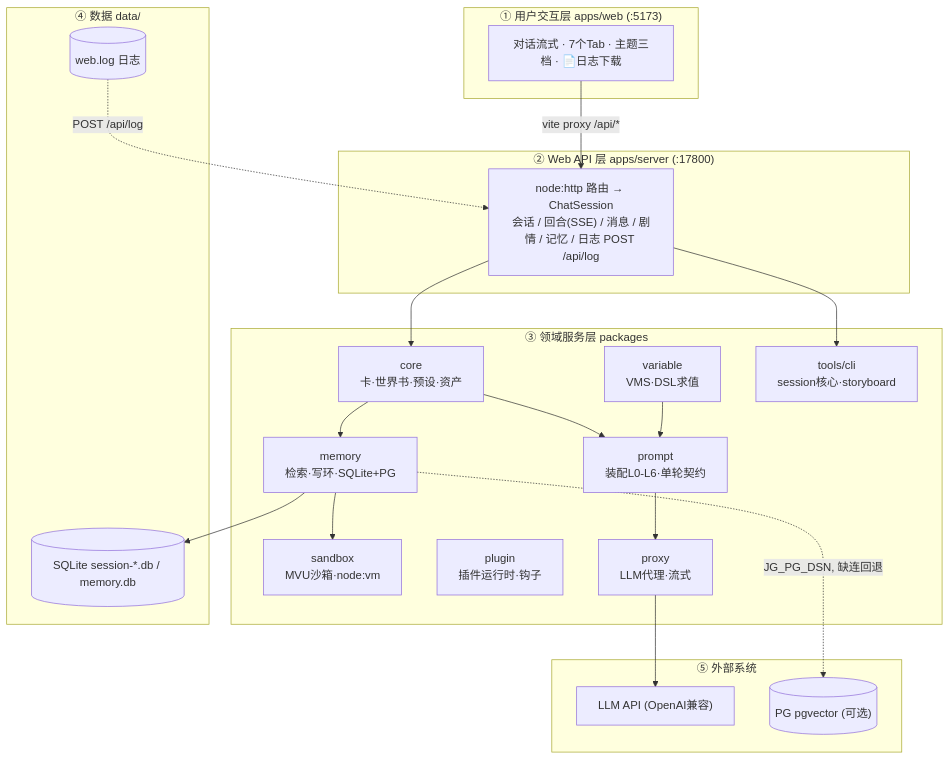
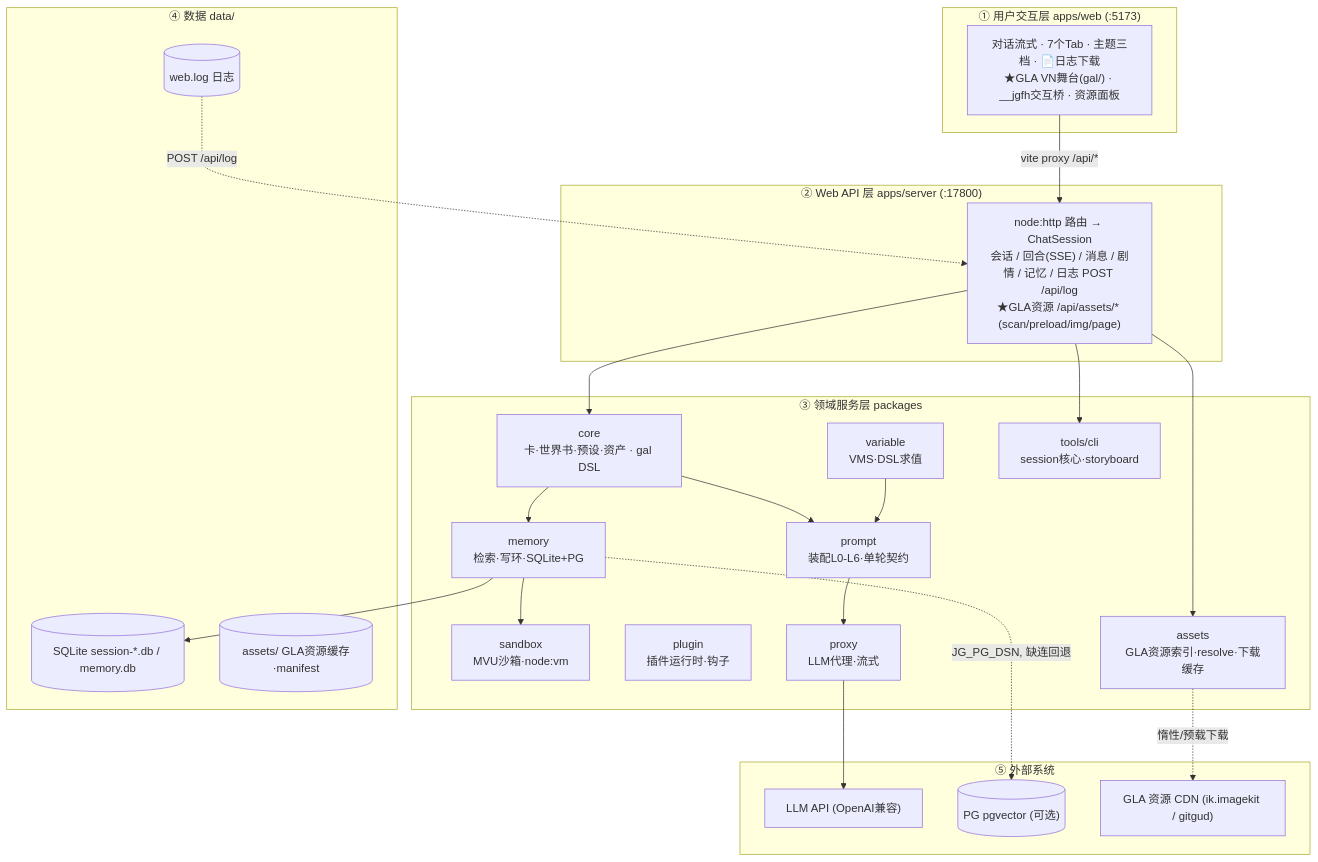
Before and after one commit to conversition/jiuguan: the diagram in 项目架构.md, drawn with Mermaid. The commit also changed other lines of this file, not shown here.

Commit message:
docs(架构): GLA 前端交互化模块归属——packages/assets + web/gal + core/gal.ts 入拓扑/端点/机制/外部系统

````diff
--- a/项目架构.md
+++ b/项目架构.md
@@ -115,35 +133,40 @@
 ```mermaid
 flowchart TB
     subgraph UI["① 用户交互层 apps/web (:5173)"]
-        W["对话流式 · 7个Tab · 主题三档 · 📄日志下载"]
+        W["对话流式 · 7个Tab · 主题三档 · 📄日志下载<br/>★GLA VN舞台(gal/) · __jgfh交互桥 · 资源面板"]
     end
     subgraph API["② Web API 层 apps/server (:17800)"]
-        S["node:http 路由 → ChatSession<br/>会话 / 回合(SSE) / 消息 / 剧情 / 记忆 / 日志 POST /api/log"]
+        S["node:http 路由 → ChatSession<br/>会话 / 回合(SSE) / 消息 / 剧情 / 记忆 / 日志 POST /api/log<br/>★GLA资源 /api/assets/* (scan/preload/img/page)"]
     end
     subgraph DOMAIN["③ 领域服务层 packages"]
-        C["core<br/>卡·世界书·预设·资产"] --> M["memory<br/>检索·写环·SQLite+PG"]
+        C["core<br/>卡·世界书·预设·资产 · gal DSL"] --> M["memory<br/>检索·写环·SQLite+PG"]
         C --> P["prompt<br/>装配L0-L6·单轮契约"]
         V["variable<br/>VMS·DSL求值"] --> P
         SAND["sandbox<br/>MVU沙箱·node:vm"]
         PLUG["plugin<br/>插件运行时·钩子"]
         PROXY["proxy<br/>LLM代理·流式"]
         CLI["tools/cli<br/>session核心·storyboard"]
+        A["assets<br/>GLA资源索引·resolve·下载缓存"]
         P --> PROXY
         M --> SAND
     end
     subgraph DATA["④ 数据 data/"]
         DB[("SQLite session-*.db / memory.db")]
         LOG[("web.log 日志")]
+        DAT[("assets/ GLA资源缓存·manifest")]
     end
     subgraph EXT["⑤ 外部系统"]
         LLM["LLM API (OpenAI兼容)"]
         PGDB[("PG pgvector (可选)")]
+        CDN["GLA 资源 CDN (ik.imagekit / gitgud)"]
     end
     W -- "vite proxy /api/*" --> S
     S --> C
     S --> CLI
+    S --> A
     M --> DB
     LOG -. "POST /api/log" .-> S
     PROXY --> LLM
     M -. "JG_PG_DSN, 缺连回退" .-> PGDB
+    A -. "惰性/预载下载" .-> CDN
 ```
````
